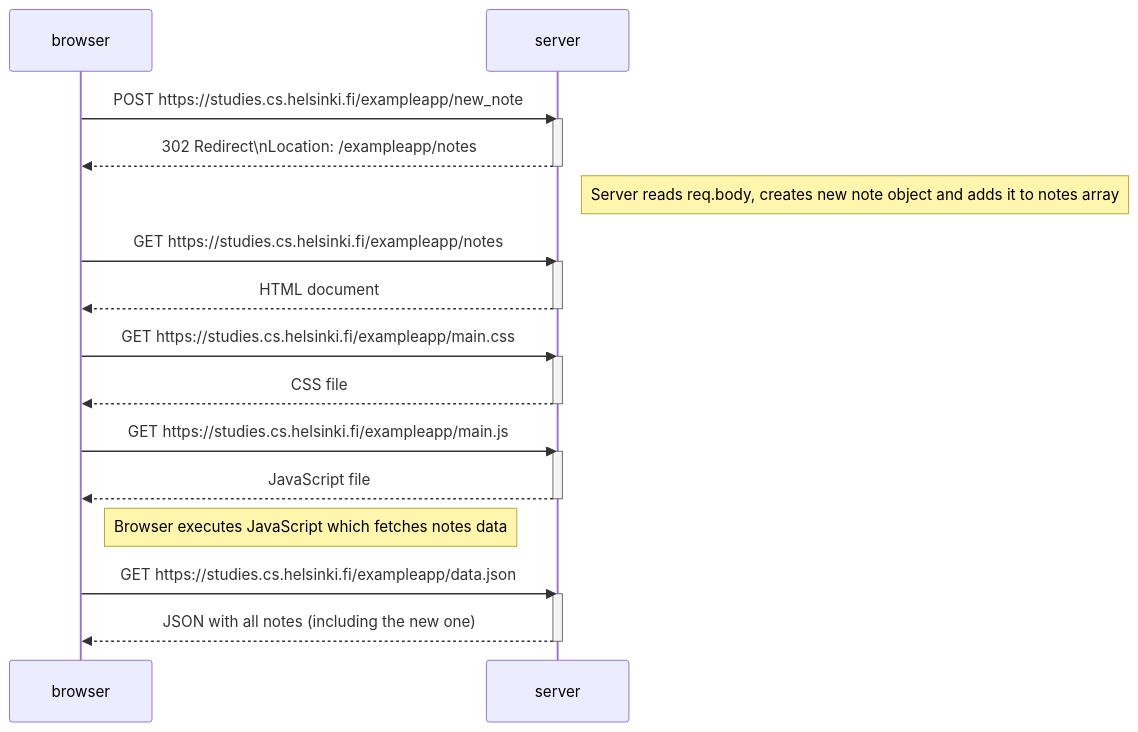
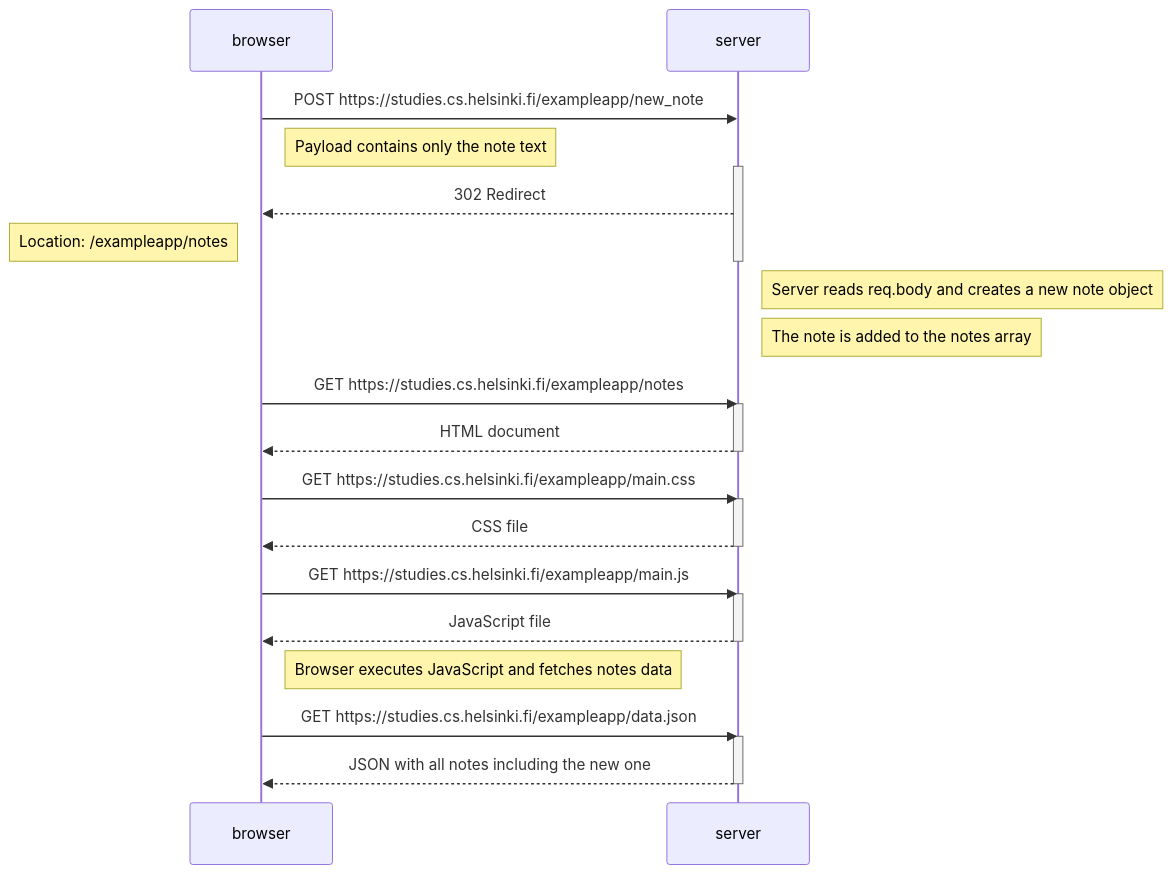
Before and after one commit to DanielD221/fullstackopen: the diagram in part0/exercise4.md, drawn with Mermaid.

````diff
--- a/part0/exercise4.md
+++ b/part0/exercise4.md
@@ -1,35 +1,37 @@
 ```mermaid
 sequenceDiagram
     participant browser
     participant server
 
     browser->>server: POST https://studies.cs.helsinki.fi/exampleapp/new_note
+    Note right of browser: Payload contains only the note text
     activate server
-    server-->>browser: 302 Redirect\nLocation: /exampleapp/notes
+    server-->>browser: 302 Redirect
+    Note left of browser: Location: /exampleapp/notes
     deactivate server
 
-    Note right of server: Server reads req.body, creates new note object and adds it to notes array
+    Note right of server: Server reads req.body and creates a new note object
+    Note right of server: The note is added to the notes array
 
     browser->>server: GET https://studies.cs.helsinki.fi/exampleapp/notes
     activate server
     server-->>browser: HTML document
     deactivate server
 
     browser->>server: GET https://studies.cs.helsinki.fi/exampleapp/main.css
     activate server
     server-->>browser: CSS file
     deactivate server
 
     browser->>server: GET https://studies.cs.helsinki.fi/exampleapp/main.js
     activate server
     server-->>browser: JavaScript file
     deactivate server
 
-    Note right of browser: Browser executes JavaScript which fetches notes data
+    Note right of browser: Browser executes JavaScript and fetches notes data
 
     browser->>server: GET https://studies.cs.helsinki.fi/exampleapp/data.json
     activate server
-    server-->>browser: JSON with all notes (including the new one)
+    server-->>browser: JSON with all notes including the new one
     deactivate server
-
 ```
````
